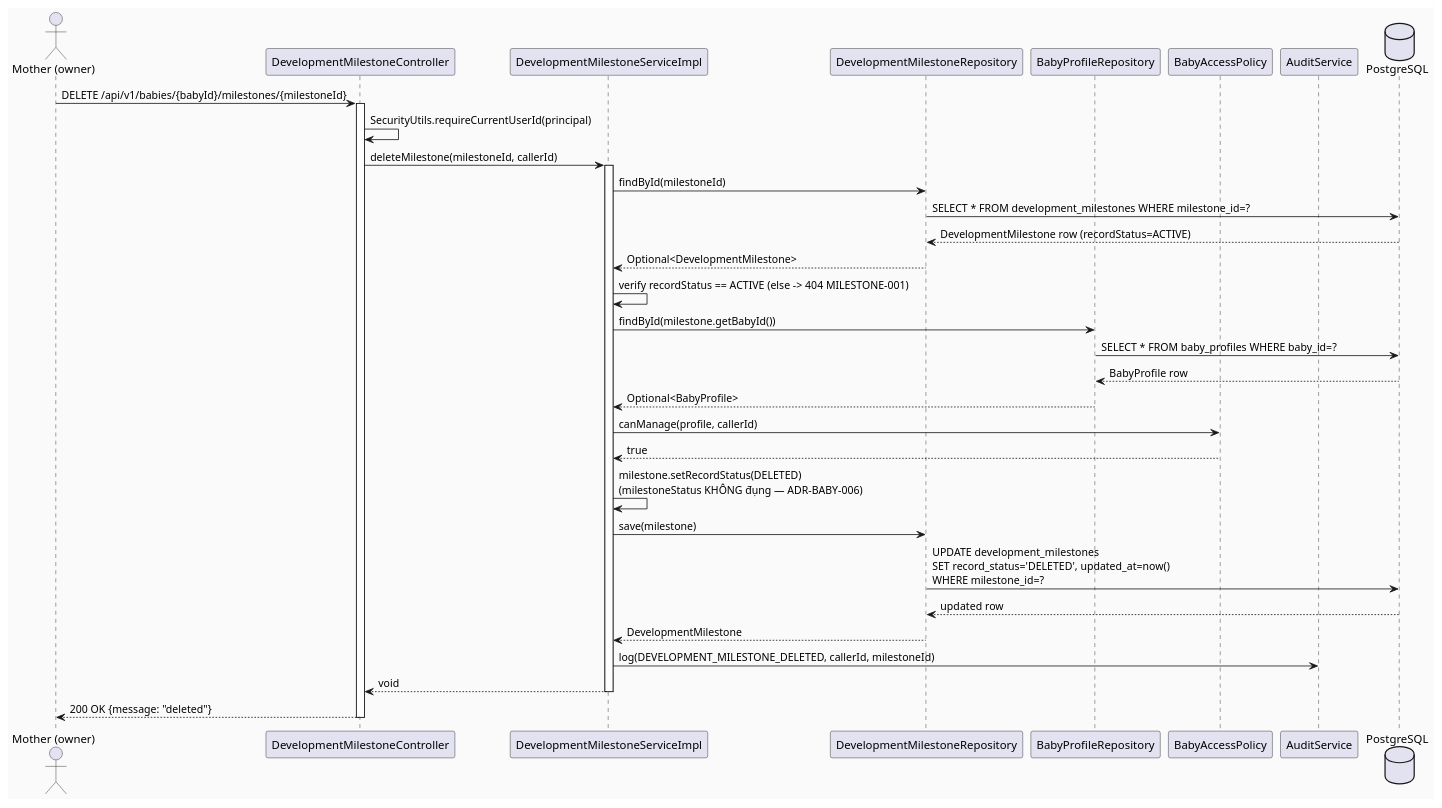
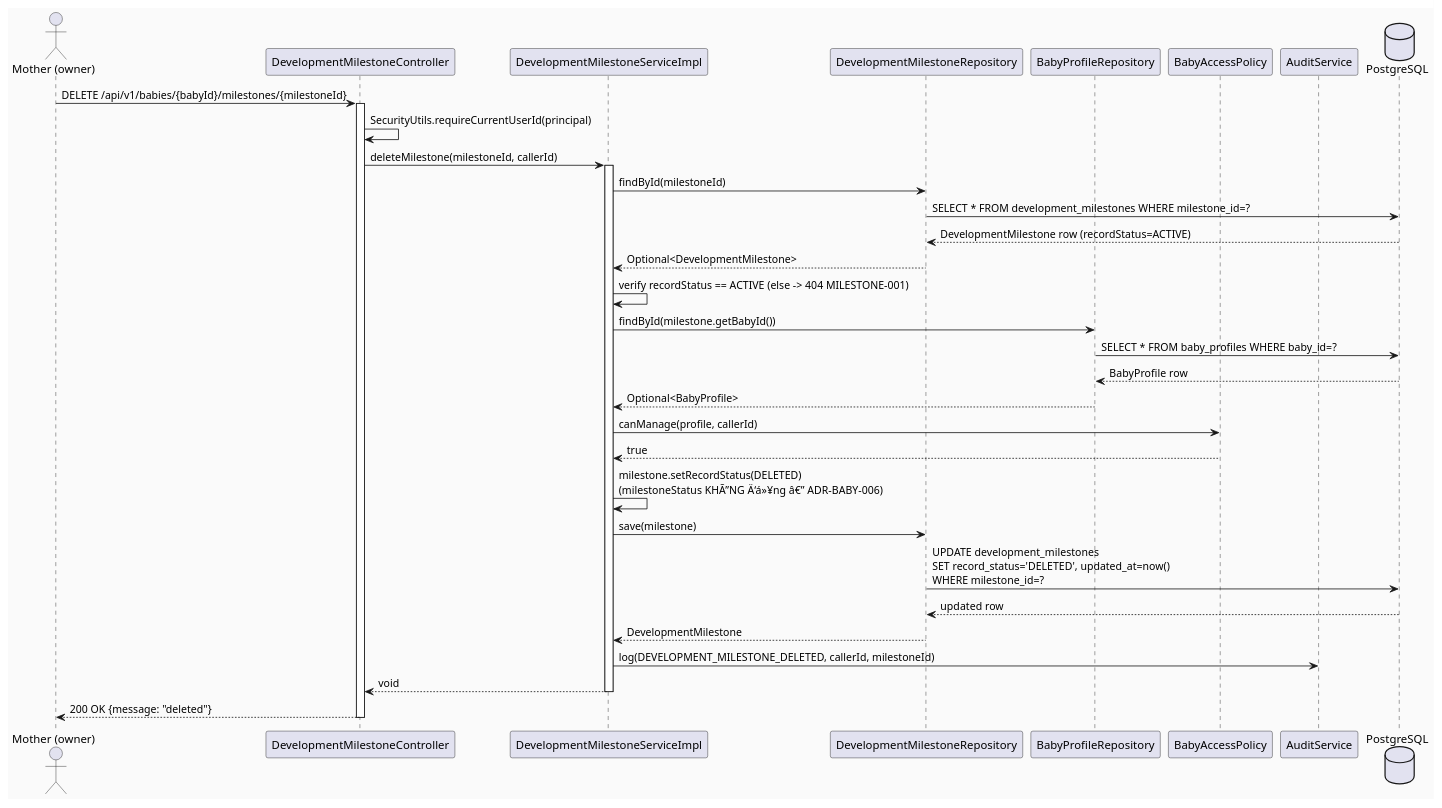
The second of 4 diagrams in 04_Implement/UC197_DeleteDevelopmentMilestone/UC197_DeleteDevelopmentMilestone_TDS.md (ChuongBDHE172784/CareBridge_SEP490_G79), drawn with PlantUML before and after one commit. The commit also changed other lines of this file and 201 other files, not shown here.

````diff
--- a/04_Implement/UC197_DeleteDevelopmentMilestone/UC197_DeleteDevelopmentMilestone_TDS.md
+++ b/04_Implement/UC197_DeleteDevelopmentMilestone/UC197_DeleteDevelopmentMilestone_TDS.md
@@ -267,46 +268,46 @@
 ```plantuml
 @startuml DeleteDevelopmentMilestone_HappyPath
 skinparam backgroundColor #FAFAFA
 actor "Mother (owner)" as Client
 participant "DevelopmentMilestoneController" as Controller
 participant "DevelopmentMilestoneServiceImpl" as Service
 participant "DevelopmentMilestoneRepository" as MRepo
 participant "BabyProfileRepository" as PRepo
 participant "BabyAccessPolicy" as Policy
 participant "AuditService" as Audit
 database "PostgreSQL" as DB
 
 Client -> Controller : DELETE /api/v1/babies/{babyId}/milestones/{milestoneId}
 activate Controller
 Controller -> Controller : SecurityUtils.requireCurrentUserId(principal)
 Controller -> Service : deleteMilestone(milestoneId, callerId)
 activate Service
 
 Service -> MRepo : findById(milestoneId)
 MRepo -> DB : SELECT * FROM development_milestones WHERE milestone_id=?
 DB --> MRepo : DevelopmentMilestone row (recordStatus=ACTIVE)
 MRepo --> Service : Optional<DevelopmentMilestone>
 
 Service -> Service : verify recordStatus == ACTIVE (else -> 404 MILESTONE-001)
 
 Service -> PRepo : findById(milestone.getBabyId())
 PRepo -> DB : SELECT * FROM baby_profiles WHERE baby_id=?
 DB --> PRepo : BabyProfile row
 PRepo --> Service : Optional<BabyProfile>
 
 Service -> Policy : canManage(profile, callerId)
 Policy --> Service : true
 
-Service -> Service : milestone.setRecordStatus(DELETED)\n(milestoneStatus KHÔNG đụng — ADR-BABY-006)
+Service -> Service : milestone.setRecordStatus(DELETED)\n(milestoneStatus KHÃ”NG Ä‘á»¥ng â€” ADR-BABY-006)
 Service -> MRepo : save(milestone)
 MRepo -> DB : UPDATE development_milestones\nSET record_status='DELETED', updated_at=now()\nWHERE milestone_id=?
 DB --> MRepo : updated row
 MRepo --> Service : DevelopmentMilestone
 
 Service -> Audit : log(DEVELOPMENT_MILESTONE_DELETED, callerId, milestoneId)
 Service --> Controller : void
 deactivate Service
 Controller --> Client : 200 OK {message: "deleted"}
 deactivate Controller
 @enduml
 ```
````
